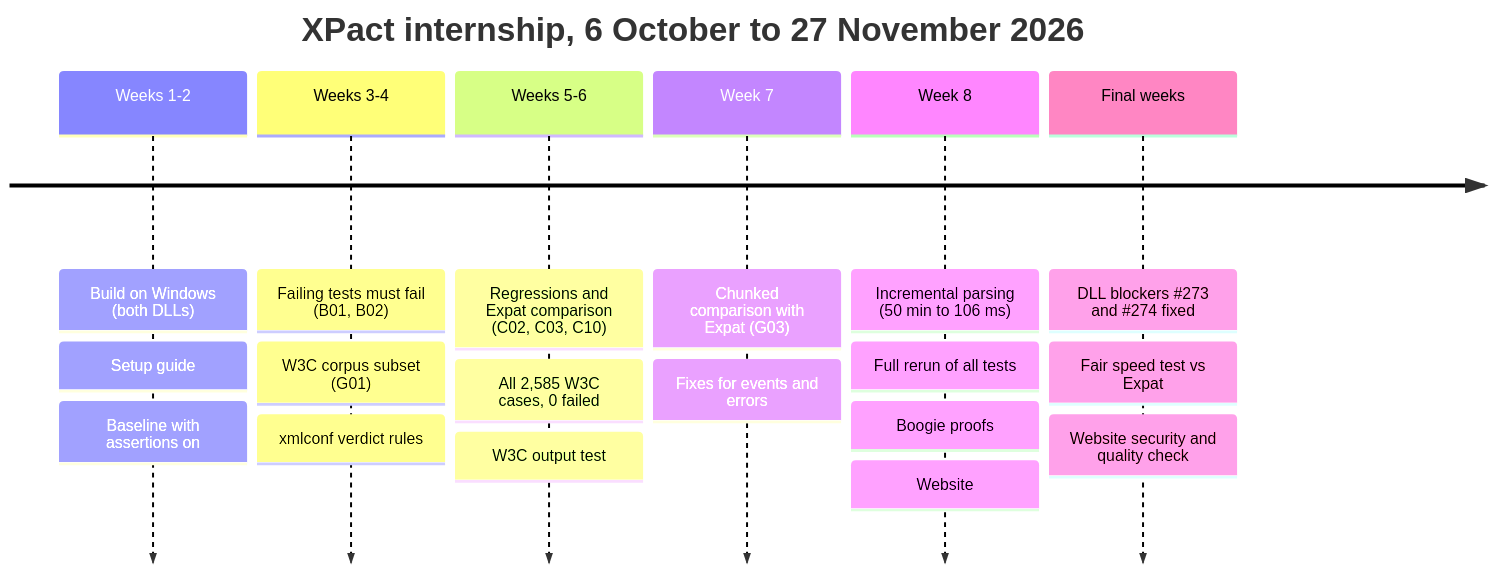
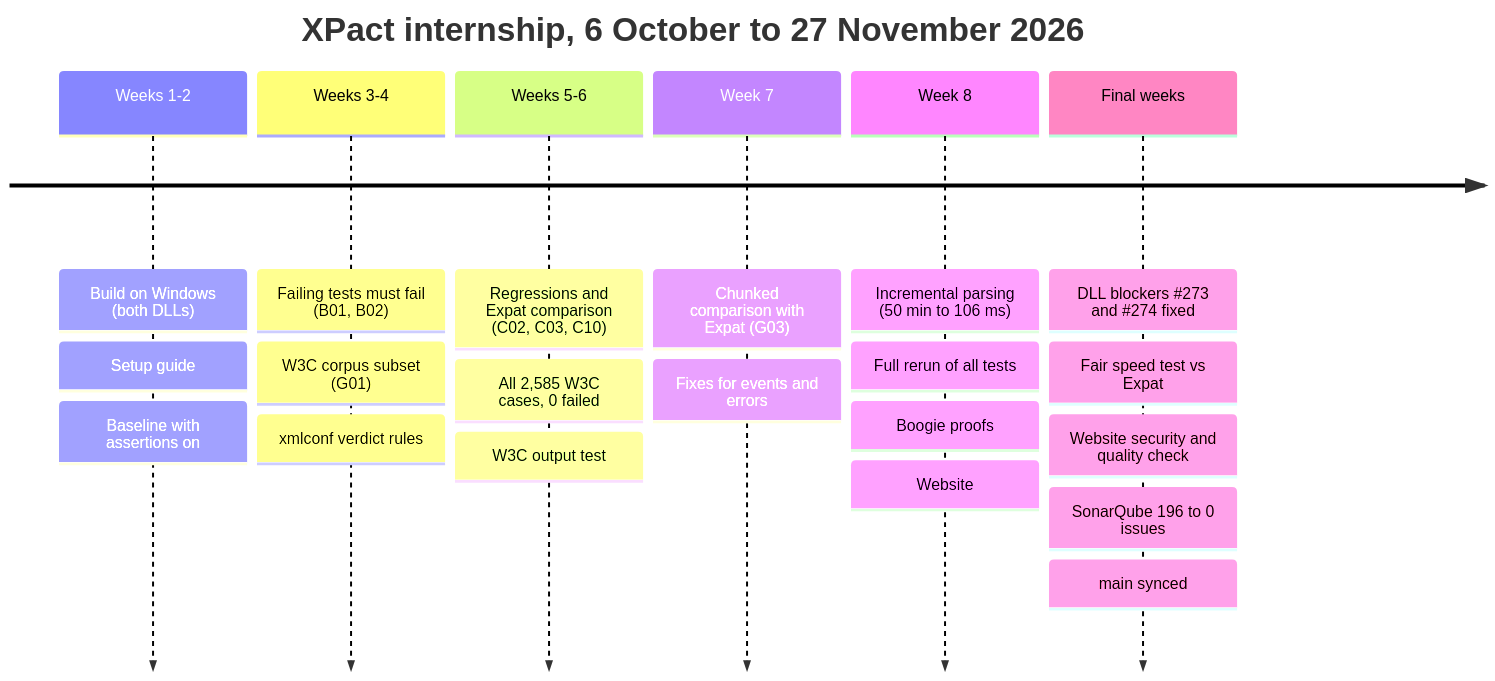
The first of 4 diagrams in student/report/ActualReport.md (andersoxie/xpact), drawn with Mermaid before and after one commit. The commit also changed other lines of this file and 3 other files, not shown here.

First line of the commit message:
Hand-in report updated to 2026-11-12: recounted numbers, SonarQube 196 to 0, main sync (#346)

````diff
--- a/student/report/ActualReport.md
+++ b/student/report/ActualReport.md
@@ -41,10 +43,10 @@
 ```mermaid
 timeline
     title XPact internship, 6 October to 27 November 2026
     Weeks 1-2 : Build on Windows (both DLLs) : Setup guide : Baseline with assertions on
     Weeks 3-4 : Failing tests must fail (B01, B02) : W3C corpus subset (G01) : xmlconf verdict rules
     Weeks 5-6 : Regressions and Expat comparison (C02, C03, C10) : All 2,585 W3C cases, 0 failed : W3C output test
     Week 7 : Chunked comparison with Expat (G03) : Fixes for events and errors
     Week 8 : Incremental parsing (50 min to 106 ms) : Full rerun of all tests : Boogie proofs : Website
-    Final weeks : DLL blockers #273 and #274 fixed : Fair speed test vs Expat : Website security and quality check
+    Final weeks : DLL blockers #273 and #274 fixed : Fair speed test vs Expat : Website security and quality check : SonarQube 196 to 0 issues : main synced
 ```
````
